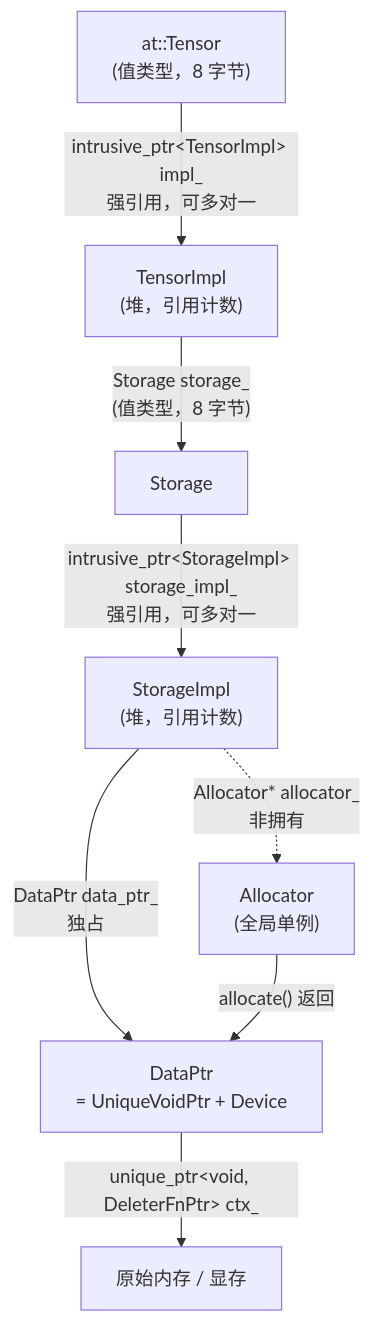
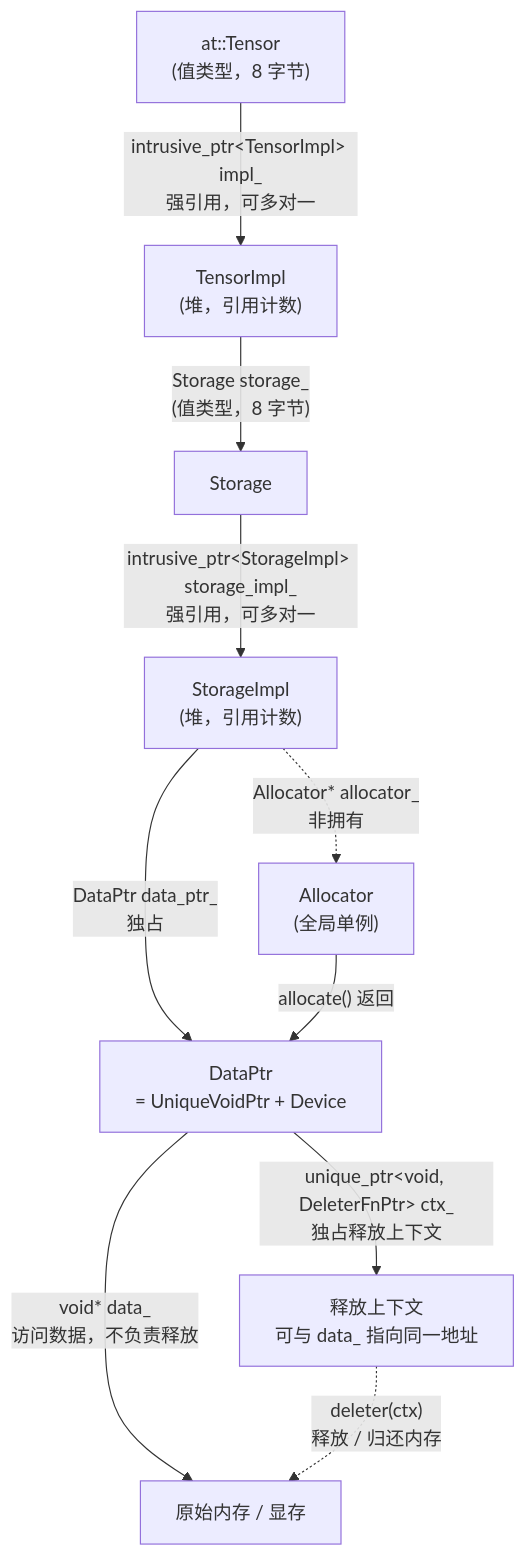
The diagram in _posts/2026-02-06-cpp-value-semantics-ownership-and-raii.md (arganzheng/arganzheng.github.com), drawn with Mermaid before and after one commit. The commit also changed other lines of this file and 4 other files, not shown here.

First line of the commit message:
C++（02）：转换所有权与内存布局示意图

````diff
--- a/_posts/2026-02-06-cpp-value-semantics-ownership-and-raii.md
+++ b/_posts/2026-02-06-cpp-value-semantics-ownership-and-raii.md
@@ -1839,11 +1806,13 @@
 ```mermaid
-%% 图：Tensor 的持有链：Tensor → TensorImpl → Storage → StorageImpl → DataPtr → 内存，三种箭头是三种所有权
+%% 图：Tensor 的持有链：共享对象、独占释放上下文与非拥有指针
 flowchart TB
     T["at::Tensor<br/>(值类型，8 字节)"] -->|"intrusive_ptr&lt;TensorImpl&gt; impl_<br/>强引用，可多对一"| TI["TensorImpl<br/>(堆，引用计数)"]
     TI -->|"Storage storage_<br/>(值类型，8 字节)"| S["Storage"]
     S -->|"intrusive_ptr&lt;StorageImpl&gt; storage_impl_<br/>强引用，可多对一"| SI["StorageImpl<br/>(堆，引用计数)"]
     SI -->|"DataPtr data_ptr_<br/>独占"| DP["DataPtr<br/>= UniqueVoidPtr + Device"]
-    DP -->|"unique_ptr&lt;void, DeleterFnPtr&gt; ctx_"| MEM["原始内存 / 显存"]
+    DP -->|"void* data_<br/>访问数据，不负责释放"| MEM["原始内存 / 显存"]
+    DP -->|"unique_ptr&lt;void, DeleterFnPtr&gt; ctx_<br/>独占释放上下文"| CTX["释放上下文<br/>可与 data_ 指向同一地址"]
+    CTX -.->|"deleter(ctx)<br/>释放 / 归还内存"| MEM
     SI -.->|"Allocator* allocator_<br/>非拥有"| A["Allocator<br/>(全局单例)"]
     A -->|"allocate() 返回"| DP
 ```
````
